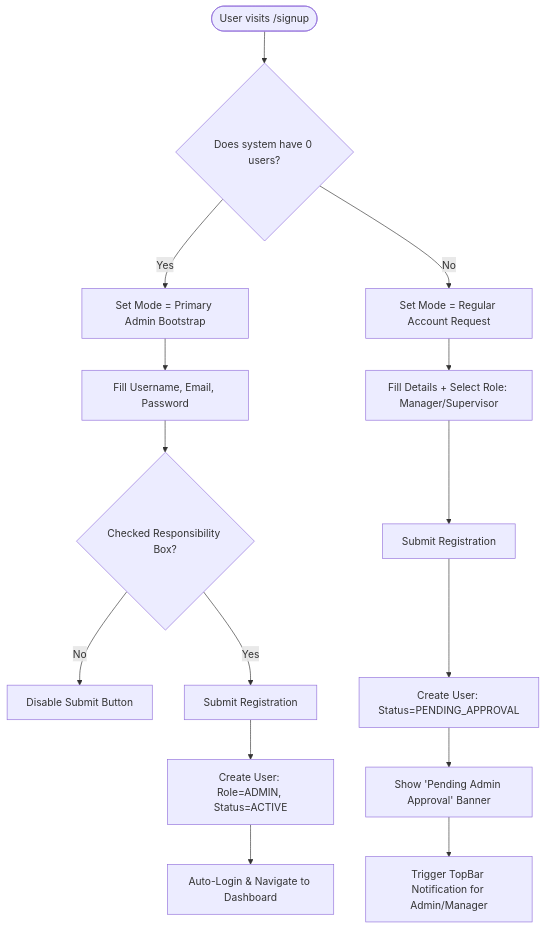
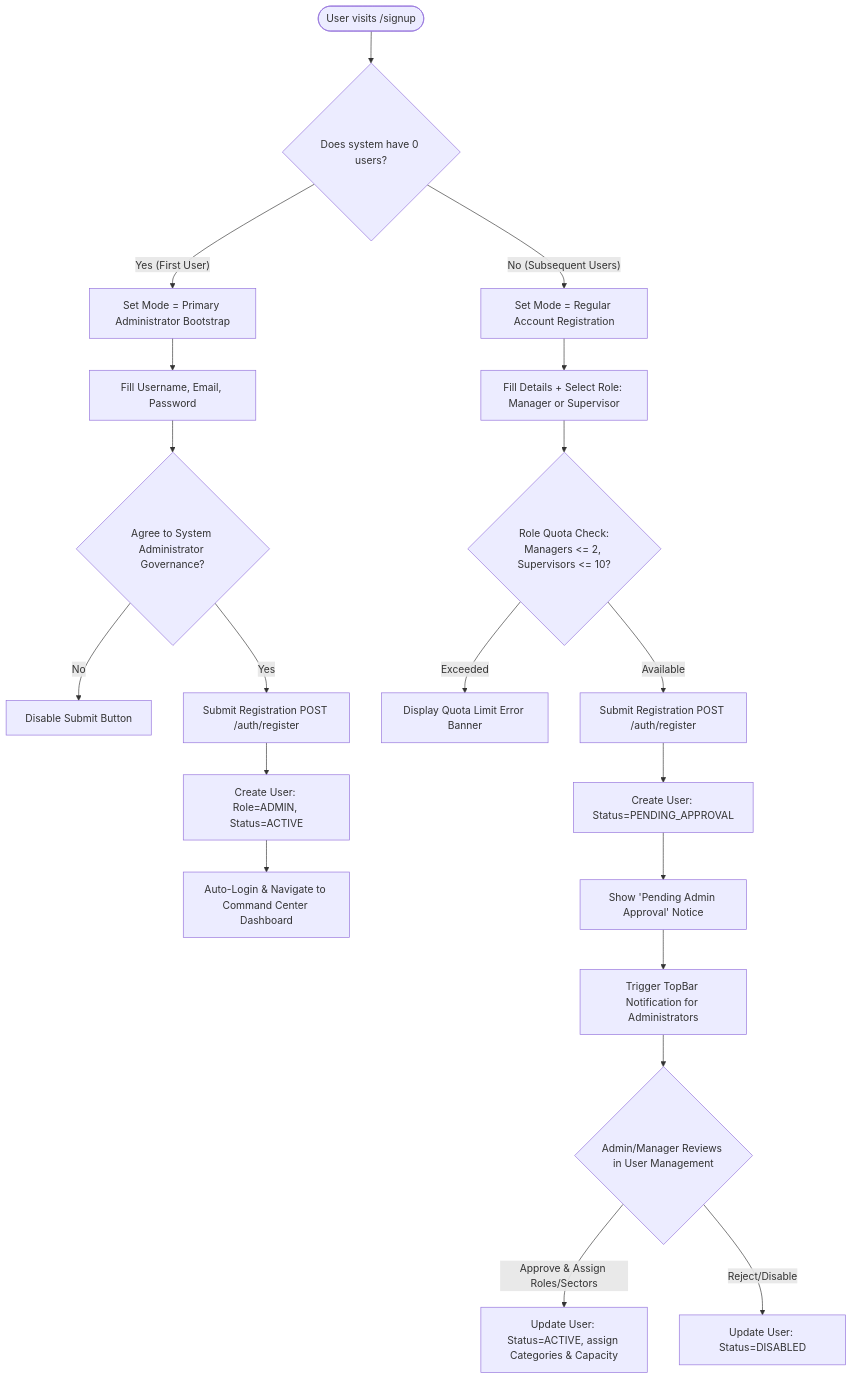
Before and after one commit to martins-ke/smartfarm-frontend: the third of 10 diagrams in docs/SmartFarm_Complete_System_Flowcharts.md, drawn with Mermaid. The commit also changed other lines of this file and 8 other files, not shown here.

Commit message:
docs: update system documentation, architecture diagrams, and PDF exports to v4.0

````diff
--- a/docs/SmartFarm_Complete_System_Flowcharts.md
+++ b/docs/SmartFarm_Complete_System_Flowcharts.md
@@ -11,19 +227,25 @@
 ```mermaid
 flowchart TD
     Start([User visits /signup]) --> CheckDB{Does system have 0 users?}
     
-    CheckDB -- Yes --> BootstrapMode[Set Mode = Primary Admin Bootstrap]
+    CheckDB -- Yes (First User) --> BootstrapMode[Set Mode = Primary Administrator Bootstrap]
     BootstrapMode --> FillAdminForm[Fill Username, Email, Password]
-    FillAdminForm --> CheckBox{Checked Responsibility Box?}
-    CheckBox -- No --> BlockSubmit[Disable Submit Button]
-    CheckBox -- Yes --> SubmitAdmin[Submit Registration]
+    FillAdminForm --> CheckAgree{Agree to System Administrator Governance?}
+    CheckAgree -- No --> BlockSubmit[Disable Submit Button]
+    CheckAgree -- Yes --> SubmitAdmin[Submit Registration POST /auth/register]
     SubmitAdmin --> CreateAdmin[Create User: Role=ADMIN, Status=ACTIVE]
-    CreateAdmin --> AutoLogin[Auto-Login & Navigate to Dashboard]
+    CreateAdmin --> AutoLogin[Auto-Login & Navigate to Command Center Dashboard]
     
-    CheckDB -- No --> RegularMode[Set Mode = Regular Account Request]
-    RegularMode --> FillRegForm[Fill Details + Select Role: Manager/Supervisor]
-    FillRegForm --> SubmitReg[Submit Registration]
+    CheckDB -- No (Subsequent Users) --> RegularMode[Set Mode = Regular Account Registration]
+    RegularMode --> FillRegForm[Fill Details + Select Role: Manager or Supervisor]
+    FillRegForm --> CheckQuota{Role Quota Check:<br/>Managers <= 2, Supervisors <= 10?}
+    CheckQuota -- Exceeded --> QuotaError[Display Quota Limit Error Banner]
+    CheckQuota -- Available --> SubmitReg[Submit Registration POST /auth/register]
     SubmitReg --> CreatePending[Create User: Status=PENDING_APPROVAL]
-    CreatePending --> ShowPendingBanner[Show 'Pending Admin Approval' Banner]
-    ShowPendingBanner --> AdminNotif[Trigger TopBar Notification for Admin/Manager]
+    CreatePending --> ShowPendingBanner[Show 'Pending Admin Approval' Notice]
+    ShowPendingBanner --> TriggerNotif[Trigger TopBar Notification for Administrators]
+    
+    TriggerNotif --> AdminReview{Admin/Manager Reviews in User Management}
+    AdminReview -- Approve & Assign Roles/Sectors --> SetActive[Update User: Status=ACTIVE, assign Categories & Capacity]
+    AdminReview -- Reject/Disable --> SetDisabled[Update User: Status=DISABLED]
 ```
````
